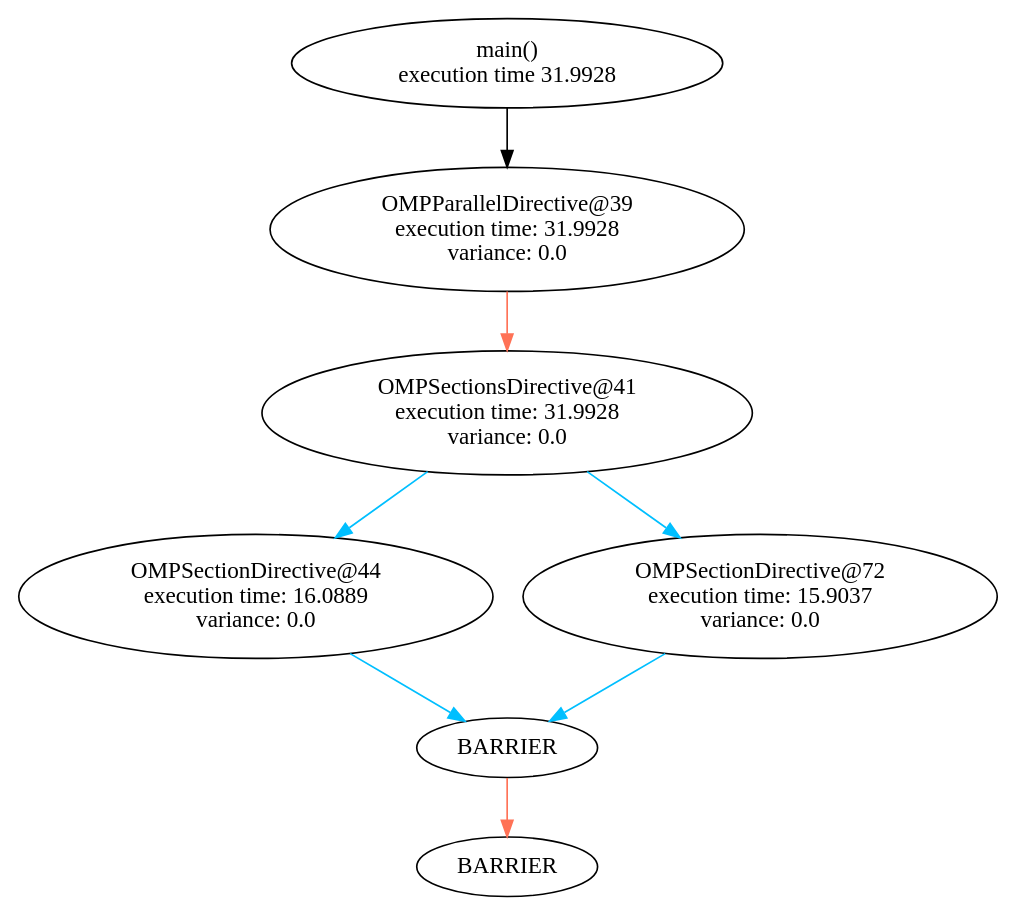
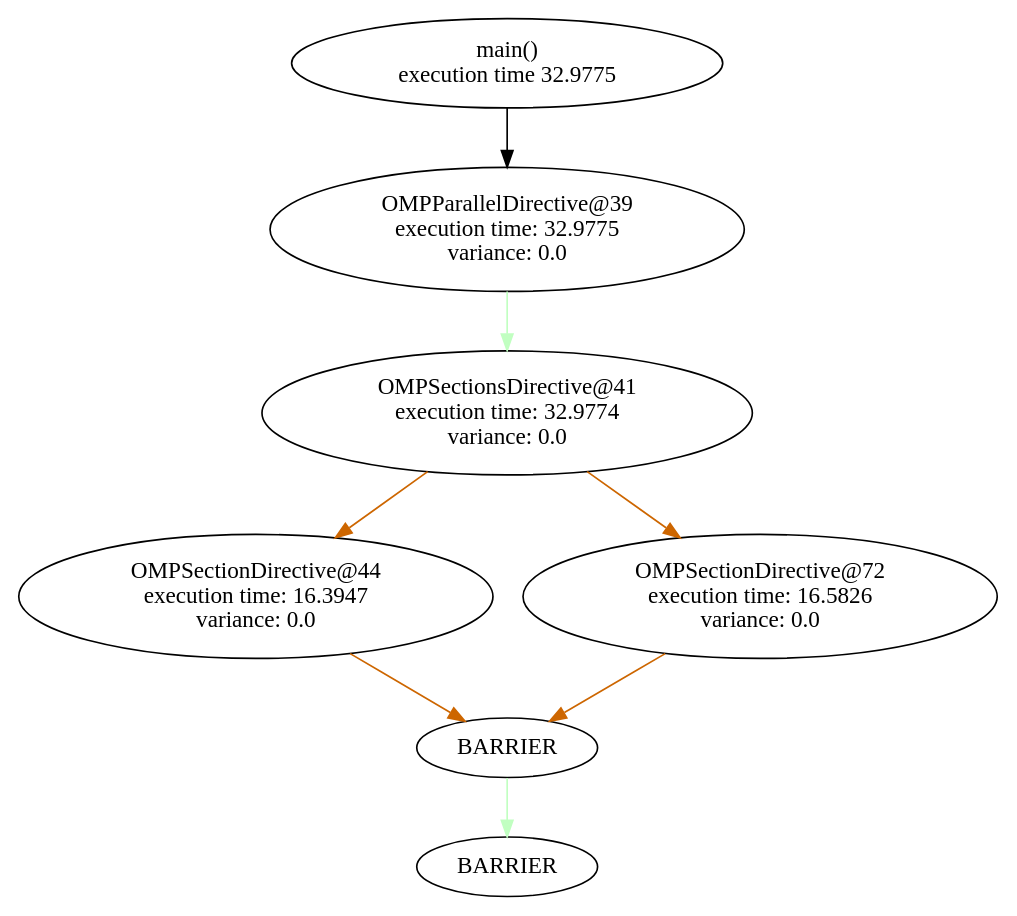
The diagram in graph_sched/graphs/main_flow.dot (filippobrizzi/soma), drawn with Graphviz before and after one commit. The commit also changed 12 other files, not shown here.

```diff
--- a/graph_sched/graphs/main_flow.dot
+++ b/graph_sched/graphs/main_flow.dot
@@ -1,52 +1,52 @@
 digraph G {
 	graph [bb="0,0,500,534"];
 	node [label="\N"];
 	35	 [height=0.74639,
-		label="main()\nexecution time 31.9928",
+		label="main()\nexecution time 32.9775",
 		pos="250,507",
 		root=35,
 		width=3.0026];
 	39	 [height=1.041,
-		label="OMPParallelDirective@39\nexecution time: 31.9928\nvariance: 0.0",
+		label="OMPParallelDirective@39\nexecution time: 32.9775\nvariance: 0.0",
 		pos="250,406",
 		root=35,
 		width=3.346];
 	35 -> 39	 [pos="e,250,443.63 250,479.99 250,471.91 250,462.75 250,453.72"];
 	41	 [height=1.041,
-		label="OMPSectionsDirective@41\nexecution time: 31.9928\nvariance: 0.0",
+		label="OMPSectionsDirective@41\nexecution time: 32.9774\nvariance: 0.0",
 		pos="250,294",
 		root=35,
 		width=3.4507];
-	39 -> 41	 [color=coral1,
+	39 -> 41	 [color=darkseagreen1,
 		pos="e,250,331.84 250,368.37 250,359.93 250,350.83 250,342.01"];
 	44	 [height=1.041,
-		label="OMPSectionDirective@44\nexecution time: 16.0889\nvariance: 0.0",
+		label="OMPSectionDirective@44\nexecution time: 16.3947\nvariance: 0.0",
 		pos="120,182",
 		root=35,
 		width=3.346];
-	41 -> 44	 [color=deepskyblue,
+	41 -> 44	 [color=darkorange3,
 		pos="e,160.63,217.38 209.22,258.5 196.28,247.54 181.83,235.32 168.4,223.96"];
 	72	 [height=1.041,
-		label="OMPSectionDirective@72\nexecution time: 15.9037\nvariance: 0.0",
+		label="OMPSectionDirective@72\nexecution time: 16.5826\nvariance: 0.0",
 		pos="380,182",
 		root=35,
 		width=3.346];
-	41 -> 72	 [color=deepskyblue,
+	41 -> 72	 [color=darkorange3,
 		pos="e,339.37,217.38 290.78,258.5 303.72,247.54 318.17,235.32 331.6,223.96"];
 	"41_end"	 [height=0.5,
 		label=BARRIER,
 		pos="250,90",
 		root=35,
 		width=1.4305];
-	44 -> "41_end"	 [color=deepskyblue,
+	44 -> "41_end"	 [color=darkorange3,
 		pos="e,227.72,106.42 168.41,147.49 185.42,135.71 204.07,122.8 219.23,112.3"];
 	"39_end"	 [height=0.5,
 		label=BARRIER,
 		pos="250,18",
 		root=35,
 		width=1.4305];
-	"41_end" -> "39_end"	 [color=coral1,
+	"41_end" -> "39_end"	 [color=darkseagreen1,
 		pos="e,250,36.104 250,71.697 250,63.983 250,54.712 250,46.112"];
-	72 -> "41_end"	 [color=deepskyblue,
+	72 -> "41_end"	 [color=darkorange3,
 		pos="e,272.28,106.42 331.59,147.49 314.58,135.71 295.93,122.8 280.77,112.3"];
 }
```
